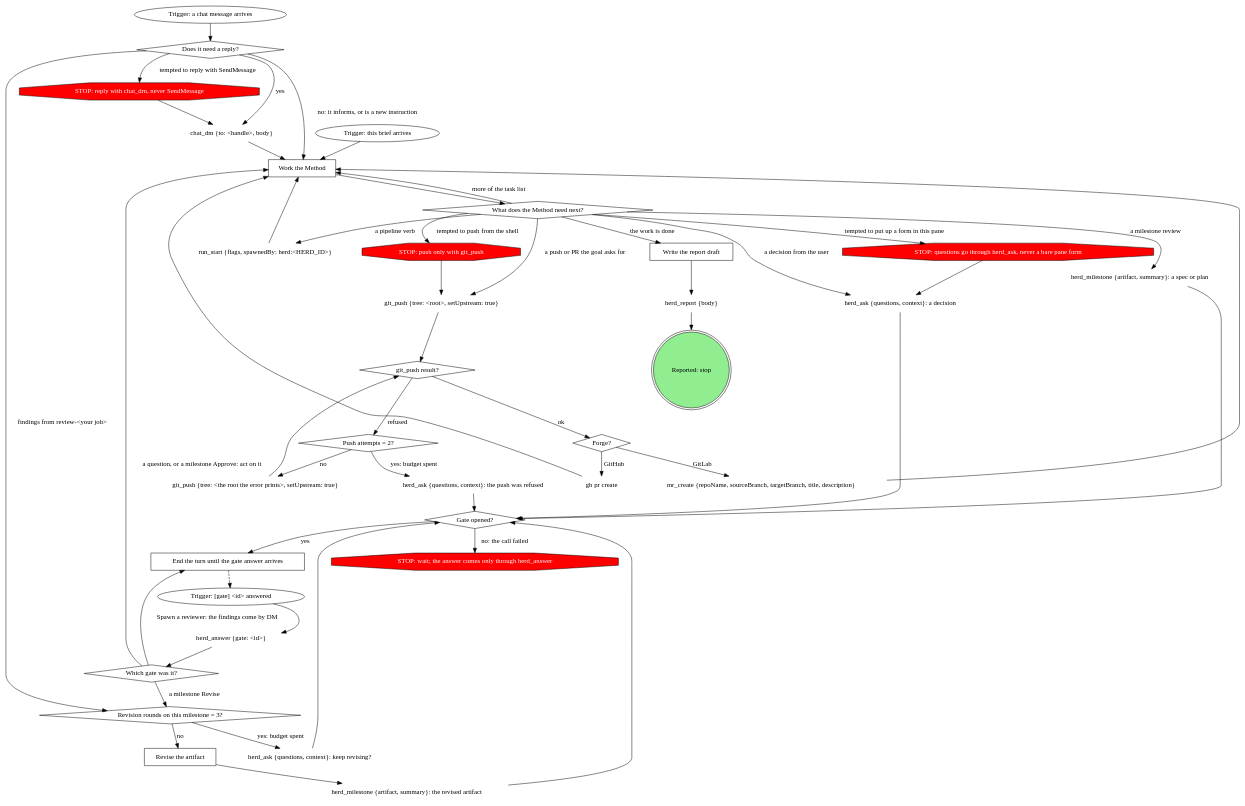
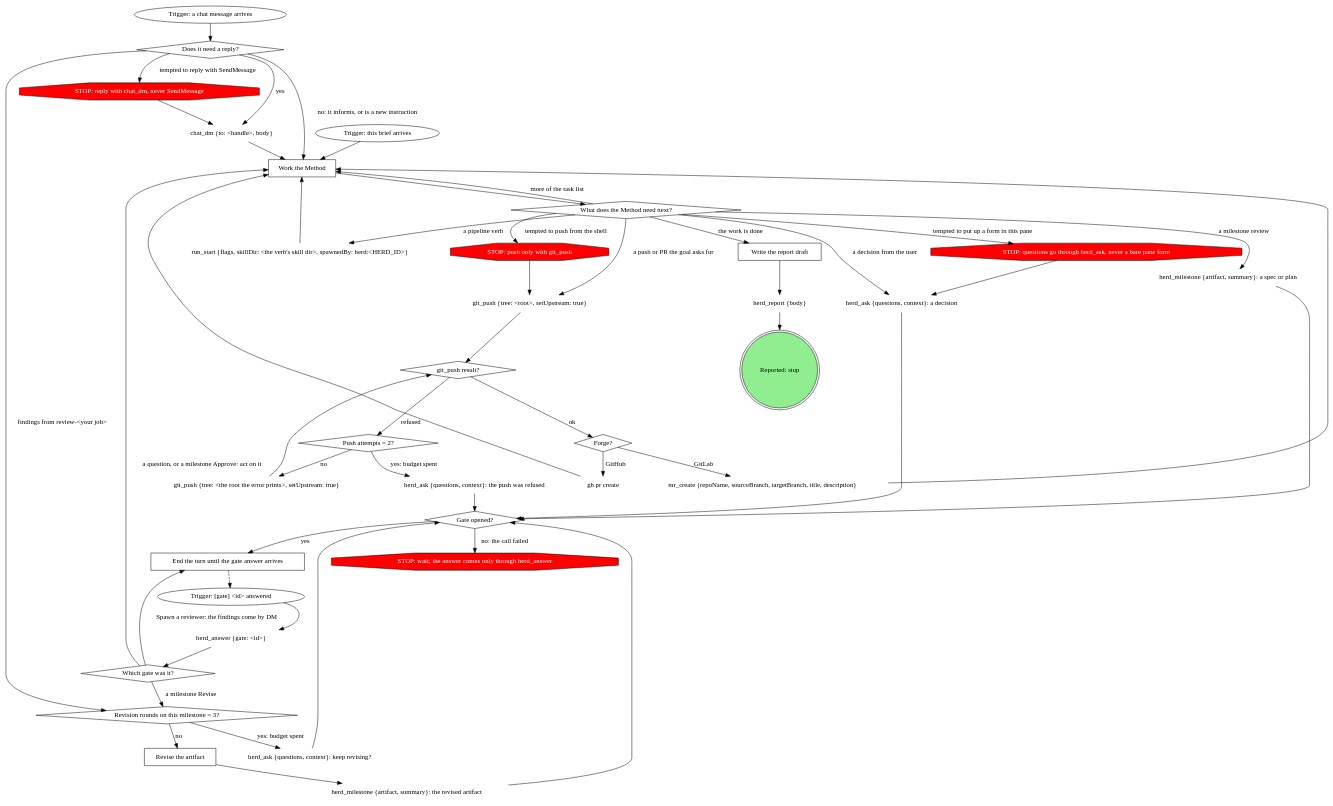
One commit to m4ttstack/skills changed the diagram in attachments/orchestration/shepherdr/references/job-template.md. Above: the diagram before and after it, drawn with Graphviz. The commit also changed other lines of this file and 3 other files, not shown here.

Commit message:
shepherdr: run_start carries skillDir; dead lanes take the account pick

```diff
--- a/attachments/orchestration/shepherdr/references/job-template.md
+++ b/attachments/orchestration/shepherdr/references/job-template.md
@@ -48,7 +48,7 @@
     "STOP: questions go through herd_ask, never a bare pane form" [shape=octagon style=filled fillcolor=red fontcolor=white];
     "herd_ask {questions, context}: a decision" [shape=plaintext];
     "herd_milestone {artifact, summary}: a spec or plan" [shape=plaintext];
-    "run_start {flags, spawnedBy: herd:<HERD_ID>}" [shape=plaintext];
+    "run_start {flags, skillDir: <the verb's skill dir>, spawnedBy: herd:<HERD_ID>}" [shape=plaintext];
     "STOP: push only with git_push" [shape=octagon style=filled fillcolor=red fontcolor=white];
     "git_push {tree: <root>, setUpstream: true}" [shape=plaintext];
     "git_push result?" [shape=diamond];
@@ -83,12 +83,12 @@
     "What does the Method need next?" -> "STOP: questions go through herd_ask, never a bare pane form" [label="tempted to put up a form in this pane"];
     "STOP: questions go through herd_ask, never a bare pane form" -> "herd_ask {questions, context}: a decision";
     "What does the Method need next?" -> "herd_milestone {artifact, summary}: a spec or plan" [label="a milestone review"];
-    "What does the Method need next?" -> "run_start {flags, spawnedBy: herd:<HERD_ID>}" [label="a pipeline verb"];
+    "What does the Method need next?" -> "run_start {flags, skillDir: <the verb's skill dir>, spawnedBy: herd:<HERD_ID>}" [label="a pipeline verb"];
     "What does the Method need next?" -> "git_push {tree: <root>, setUpstream: true}" [label="a push or PR the goal asks for"];
     "What does the Method need next?" -> "STOP: push only with git_push" [label="tempted to push from the shell"];
     "STOP: push only with git_push" -> "git_push {tree: <root>, setUpstream: true}";
     "What does the Method need next?" -> "Write the report draft" [label="the work is done"];
-    "run_start {flags, spawnedBy: herd:<HERD_ID>}" -> "Work the Method";
+    "run_start {flags, skillDir: <the verb's skill dir>, spawnedBy: herd:<HERD_ID>}" -> "Work the Method";
     "git_push {tree: <root>, setUpstream: true}" -> "git_push result?";
     "git_push {tree: <the root the error prints>, setUpstream: true}" -> "git_push result?";
     "git_push result?" -> "Forge?" [label="ok"];
```
